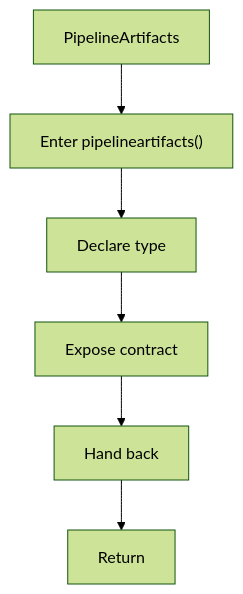
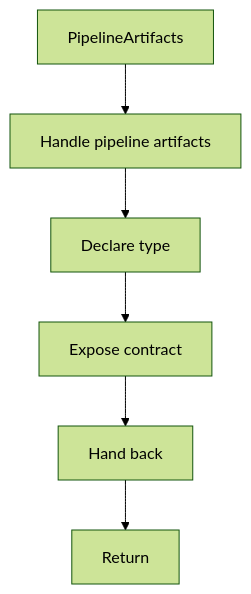
The seventh of 8 diagrams in docs/Codebase/Microservice/Modules/Header/SyntacticBrokenAST/OutputGeneration/Contracts/algorithm_pipeline.hpp.md (JohnAndrewBalbarosa/NeoTerritory), drawn with Mermaid (forest theme) before and after one commit. The commit also changed other lines of this file and 925 other files, not shown here.

````diff
--- a/docs/Codebase/Microservice/Modules/Header/SyntacticBrokenAST/OutputGeneration/Contracts/algorithm_pipeline.hpp.md
+++ b/docs/Codebase/Microservice/Modules/Header/SyntacticBrokenAST/OutputGeneration/Contracts/algorithm_pipeline.hpp.md
@@ -197,14 +196,14 @@
 ```mermaid
 flowchart TD
     Start["PipelineArtifacts"]
-    N0["Enter pipelineartifacts()"]
+    N0["Handle pipeline artifacts"]
     N1["Declare type"]
     N2["Expose contract"]
     N3["Hand back"]
     End["Return"]
     Start --> N0
     N0 --> N1
     N1 --> N2
     N2 --> N3
     N3 --> End
 ```
````
